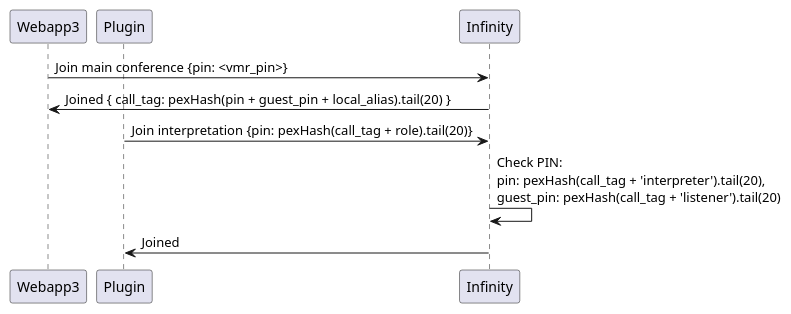
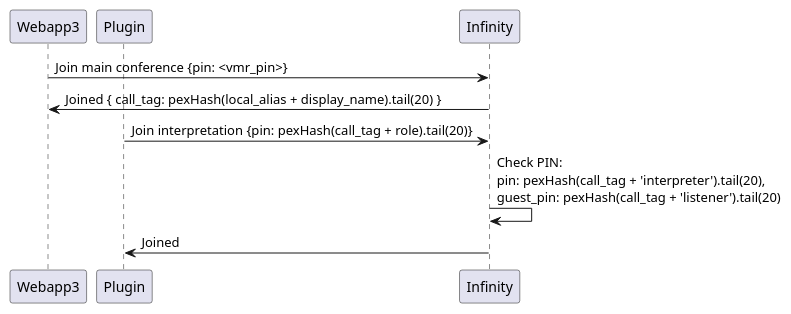
Before and after one commit to pexip/plugin-interpretation: the diagram in docs/call_tag.puml, drawn with PlantUML. The commit also changed 2 other files, not shown here.

Commit message:
docs: make some corrections to the local policy in the readme

```diff
--- a/docs/call_tag.puml
+++ b/docs/call_tag.puml
@@ -1,12 +1,12 @@
 @startuml
 
 participant Webapp3
 participant Plugin
 participant Infinity
 
 Webapp3 -> Infinity: Join main conference {pin: <vmr_pin>}
-Infinity -> Webapp3: Joined { call_tag: pexHash(pin + guest_pin + local_alias).tail(20) }
+Infinity -> Webapp3: Joined { call_tag: pexHash(local_alias + display_name).tail(20) }
 Plugin -> Infinity: Join interpretation {pin: pexHash(call_tag + role).tail(20)}
 Infinity -> Infinity: Check PIN:\npin: pexHash(call_tag + 'interpreter').tail(20),\nguest_pin: pexHash(call_tag + 'listener').tail(20)
 Infinity -> Plugin: Joined
 @enduml
```
